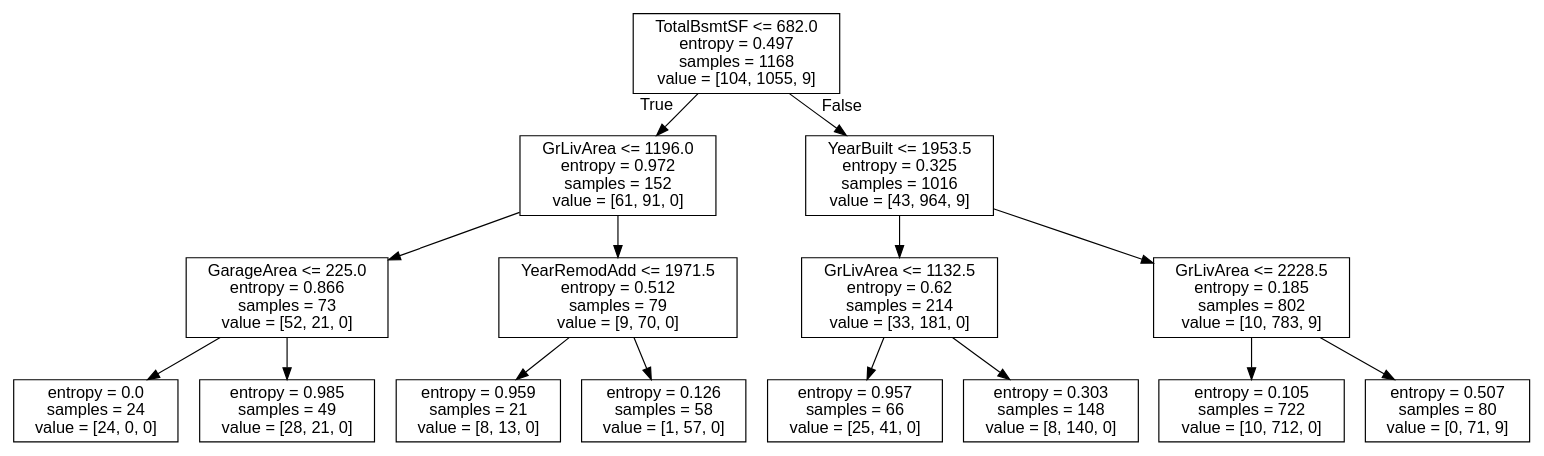
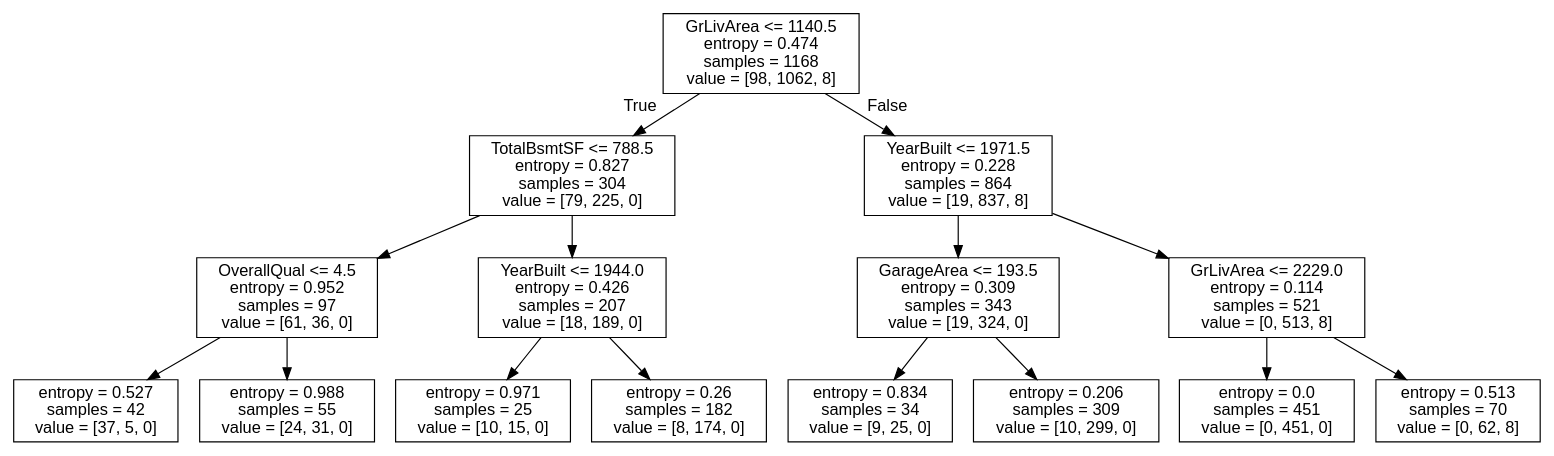
The diagram in out/dtc.dot (genomorro/unir), drawn with Graphviz before and after one commit. The commit also changed 2 other files, not shown here.

```diff
--- a/out/dtc.dot
+++ b/out/dtc.dot
@@ -1,33 +1,33 @@
 digraph Tree {
 node [shape=box, fontname="helvetica"] ;
 edge [fontname="helvetica"] ;
-0 [label="TotalBsmtSF <= 682.0\nentropy = 0.497\nsamples = 1168\nvalue = [104, 1055, 9]"] ;
-1 [label="GrLivArea <= 1196.0\nentropy = 0.972\nsamples = 152\nvalue = [61, 91, 0]"] ;
+0 [label="GrLivArea <= 1140.5\nentropy = 0.474\nsamples = 1168\nvalue = [98, 1062, 8]"] ;
+1 [label="TotalBsmtSF <= 788.5\nentropy = 0.827\nsamples = 304\nvalue = [79, 225, 0]"] ;
 0 -> 1 [labeldistance=2.5, labelangle=45, headlabel="True"] ;
-2 [label="GarageArea <= 225.0\nentropy = 0.866\nsamples = 73\nvalue = [52, 21, 0]"] ;
+2 [label="OverallQual <= 4.5\nentropy = 0.952\nsamples = 97\nvalue = [61, 36, 0]"] ;
 1 -> 2 ;
-3 [label="entropy = 0.0\nsamples = 24\nvalue = [24, 0, 0]"] ;
+3 [label="entropy = 0.527\nsamples = 42\nvalue = [37, 5, 0]"] ;
 2 -> 3 ;
-4 [label="entropy = 0.985\nsamples = 49\nvalue = [28, 21, 0]"] ;
+4 [label="entropy = 0.988\nsamples = 55\nvalue = [24, 31, 0]"] ;
 2 -> 4 ;
-5 [label="YearRemodAdd <= 1971.5\nentropy = 0.512\nsamples = 79\nvalue = [9, 70, 0]"] ;
+5 [label="YearBuilt <= 1944.0\nentropy = 0.426\nsamples = 207\nvalue = [18, 189, 0]"] ;
 1 -> 5 ;
-6 [label="entropy = 0.959\nsamples = 21\nvalue = [8, 13, 0]"] ;
+6 [label="entropy = 0.971\nsamples = 25\nvalue = [10, 15, 0]"] ;
 5 -> 6 ;
-7 [label="entropy = 0.126\nsamples = 58\nvalue = [1, 57, 0]"] ;
+7 [label="entropy = 0.26\nsamples = 182\nvalue = [8, 174, 0]"] ;
 5 -> 7 ;
-8 [label="YearBuilt <= 1953.5\nentropy = 0.325\nsamples = 1016\nvalue = [43, 964, 9]"] ;
+8 [label="YearBuilt <= 1971.5\nentropy = 0.228\nsamples = 864\nvalue = [19, 837, 8]"] ;
 0 -> 8 [labeldistance=2.5, labelangle=-45, headlabel="False"] ;
-9 [label="GrLivArea <= 1132.5\nentropy = 0.62\nsamples = 214\nvalue = [33, 181, 0]"] ;
+9 [label="GarageArea <= 193.5\nentropy = 0.309\nsamples = 343\nvalue = [19, 324, 0]"] ;
 8 -> 9 ;
-10 [label="entropy = 0.957\nsamples = 66\nvalue = [25, 41, 0]"] ;
+10 [label="entropy = 0.834\nsamples = 34\nvalue = [9, 25, 0]"] ;
 9 -> 10 ;
-11 [label="entropy = 0.303\nsamples = 148\nvalue = [8, 140, 0]"] ;
+11 [label="entropy = 0.206\nsamples = 309\nvalue = [10, 299, 0]"] ;
 9 -> 11 ;
-12 [label="GrLivArea <= 2228.5\nentropy = 0.185\nsamples = 802\nvalue = [10, 783, 9]"] ;
+12 [label="GrLivArea <= 2229.0\nentropy = 0.114\nsamples = 521\nvalue = [0, 513, 8]"] ;
 8 -> 12 ;
-13 [label="entropy = 0.105\nsamples = 722\nvalue = [10, 712, 0]"] ;
+13 [label="entropy = 0.0\nsamples = 451\nvalue = [0, 451, 0]"] ;
 12 -> 13 ;
-14 [label="entropy = 0.507\nsamples = 80\nvalue = [0, 71, 9]"] ;
+14 [label="entropy = 0.513\nsamples = 70\nvalue = [0, 62, 8]"] ;
 12 -> 14 ;
 }
```
